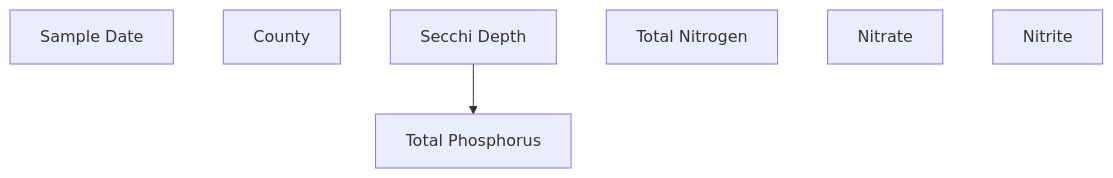
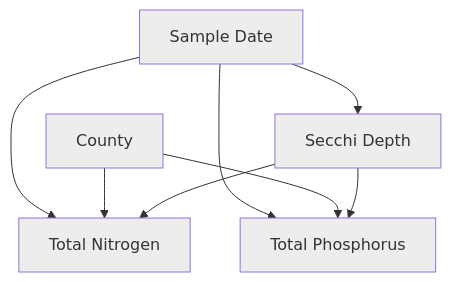
The diagram in posts/2025-12-3-stats-final/index.qmd (zachyyy700/zachyyy700.github.io), drawn with Mermaid before and after one commit. The commit also changed other lines of this file and 27 other files, not shown here.

````diff
--- a/posts/2025-12-3-stats-final/index.qmd
+++ b/posts/2025-12-3-stats-final/index.qmd
@@ -48,12 +45,19 @@
 ```{mermaid}
 graph TD
   Date[Sample Date]
   County[County]
   Secchi[Secchi Depth]
   TP[Total Phosphorus]
   TN[Total Nitrogen]
-  Nitrate[Nitrate]
-  Nitrite[Nitrite]
   
+  Date --> TN
+  Date --> TP
+  Date --> Secchi
+  County --> TN
+  County --> TP
   Secchi --> TP
+  Secchi --> TN
+  
+  classDef whitebox fill:#EDEDED;
+  class Date,County,Secchi,TN,TP whitebox;
 ```
````
